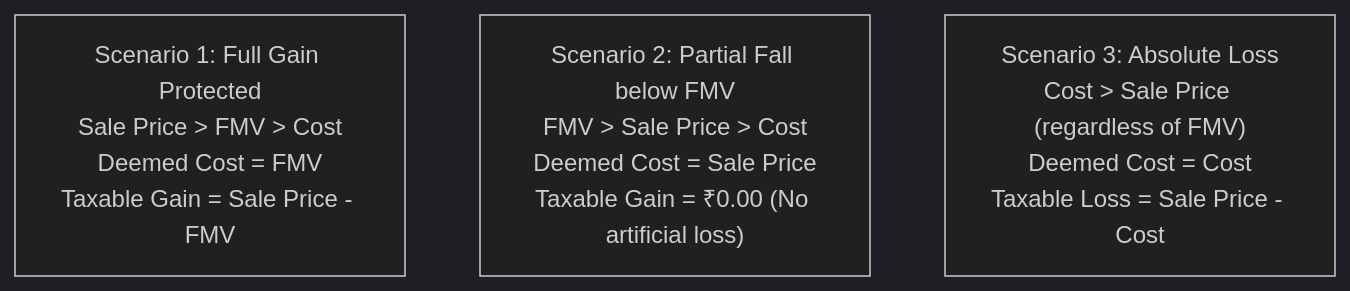
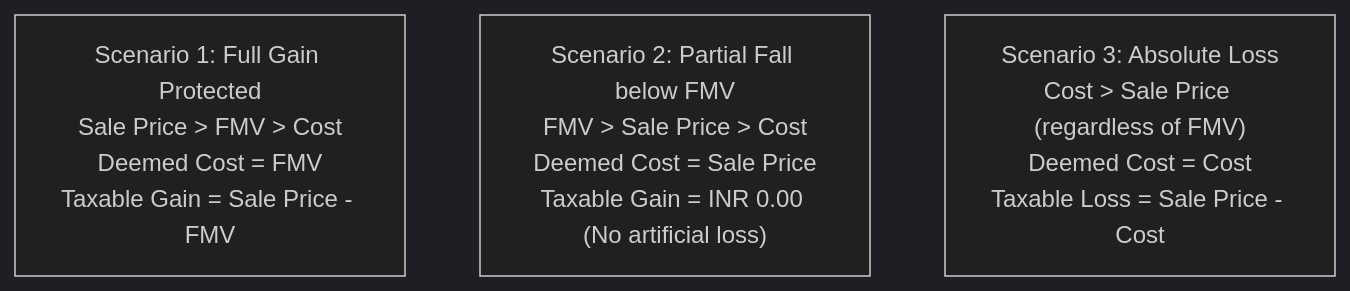
Before and after one commit to sid-146/folioman-client: the second of 2 diagrams in docs/modules/core-tax.md, drawn with Mermaid (dark theme). The commit also changed other lines of this file and 33 other files, not shown here.

````diff
--- a/docs/modules/core-tax.md
+++ b/docs/modules/core-tax.md
@@ -65,6 +65,6 @@
 ```mermaid
-graph TD
-    Scenario1["Scenario 1: Full Gain Protected\nSale Price > FMV > Cost\nDeemed Cost = FMV\nTaxable Gain = Sale Price - FMV"]
-    Scenario2["Scenario 2: Partial Fall below FMV\nFMV > Sale Price > Cost\nDeemed Cost = Sale Price\nTaxable Gain = ₹0.00 (No artificial loss)"]
-    Scenario3["Scenario 3: Absolute Loss\nCost > Sale Price (regardless of FMV)\nDeemed Cost = Cost\nTaxable Loss = Sale Price - Cost"]
+flowchart TD
+    Scenario1["Scenario 1: Full Gain Protected<br/>Sale Price &gt; FMV &gt; Cost<br/>Deemed Cost = FMV<br/>Taxable Gain = Sale Price - FMV"]
+    Scenario2["Scenario 2: Partial Fall below FMV<br/>FMV &gt; Sale Price &gt; Cost<br/>Deemed Cost = Sale Price<br/>Taxable Gain = INR 0.00 (No artificial loss)"]
+    Scenario3["Scenario 3: Absolute Loss<br/>Cost &gt; Sale Price (regardless of FMV)<br/>Deemed Cost = Cost<br/>Taxable Loss = Sale Price - Cost"]
 ```
````
